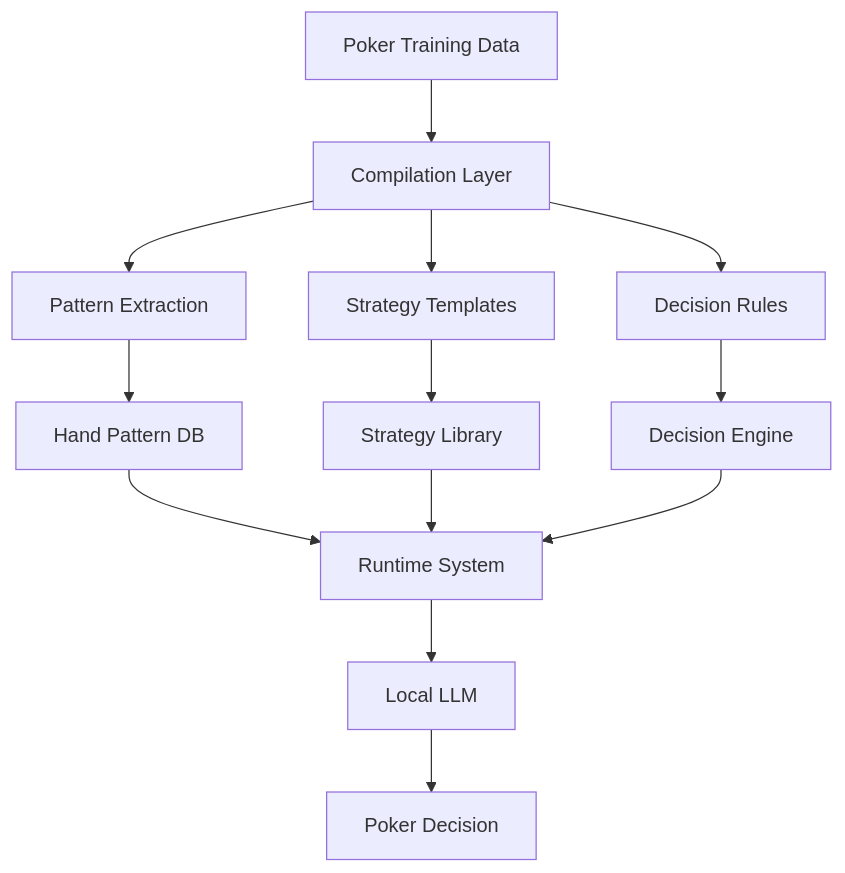
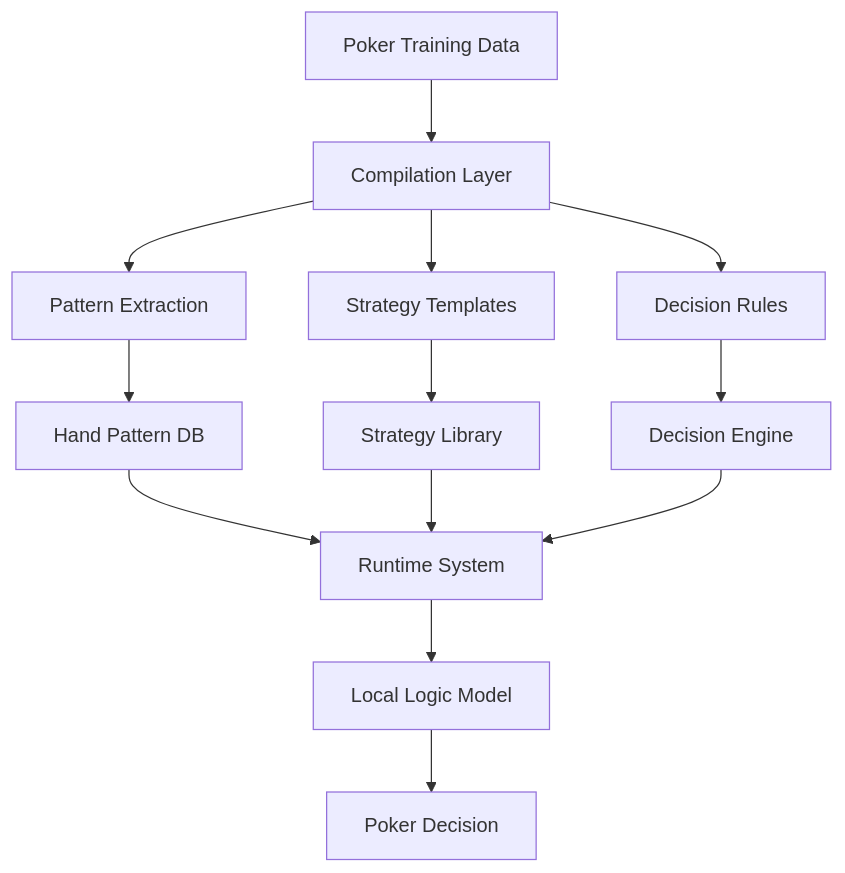
The first of 4 diagrams in README.md (ruvnet/local-logic), drawn with Mermaid before and after one commit. The commit also changed other lines of this file, not shown here.

Commit message:
feat: Update README.md with Local Logic Model approach for AI training

````diff
--- a/README.md
+++ b/README.md
@@ -34,13 +45,13 @@
 ```mermaid
 graph TD
     A[Poker Training Data] --> B[Compilation Layer]
     B --> C[Pattern Extraction]
     B --> D[Strategy Templates]
     B --> E[Decision Rules]
     C --> F[Hand Pattern DB]
     D --> G[Strategy Library]
     E --> H[Decision Engine]
     F & G & H --> I[Runtime System]
-    I --> J[Local LLM]
+    I --> J[Local Logic Model]
     J --> K[Poker Decision]
 ```
````
